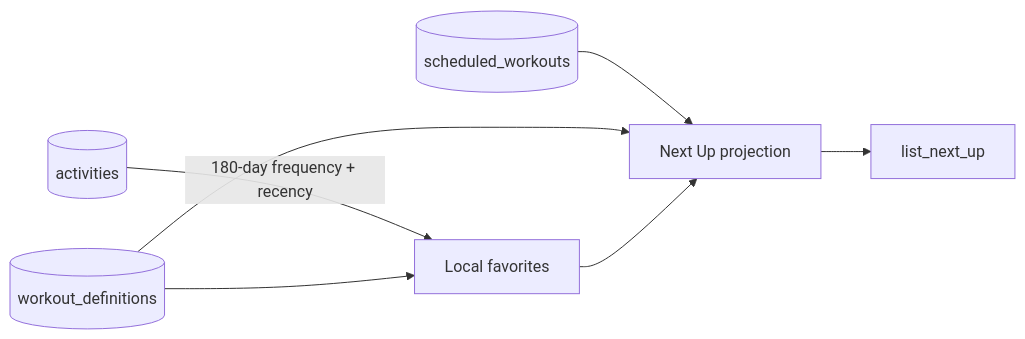
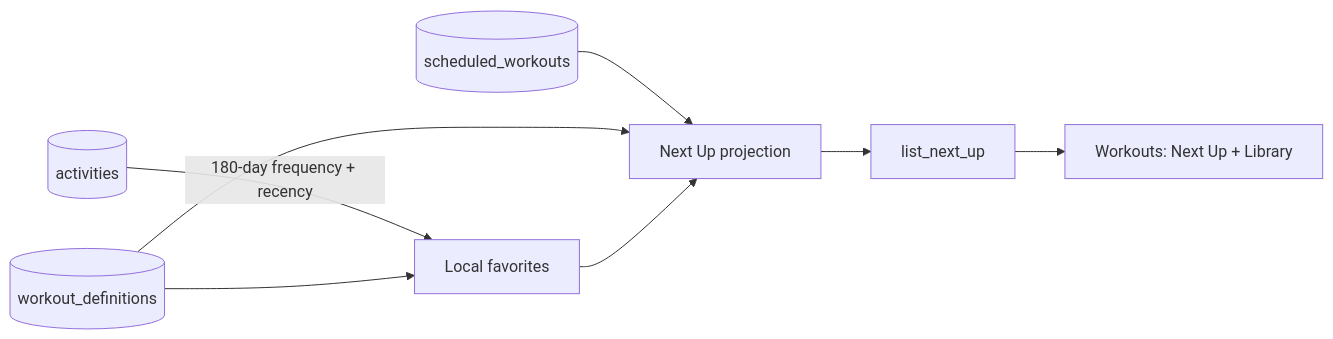
Before and after one commit to sergioclemente/TrainerPro: the second of 4 diagrams in docs/architecture.md, drawn with Mermaid. The commit also changed other lines of this file and 15 other files, not shown here.

Commit message:
Add Next Up to the Workouts screen

````diff
--- a/docs/architecture.md
+++ b/docs/architecture.md
@@ -56,9 +57,10 @@
 ```mermaid
 flowchart LR
     S[(scheduled_workouts)] --> N[Next Up projection]
     A[(activities)] -->|180-day frequency + recency| R[Local favorites]
     W[(workout_definitions)] --> N
     W --> R
     R --> N
     N --> IPC[list_next_up]
+    IPC --> UI[Workouts: Next Up + Library]
 ```
````
